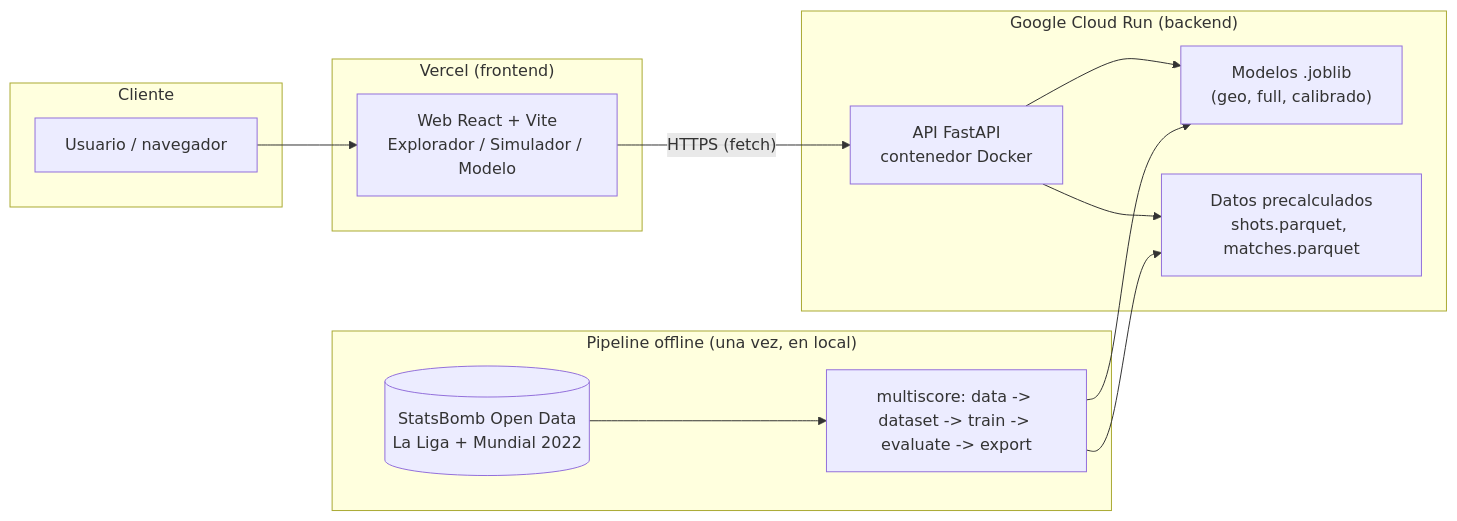
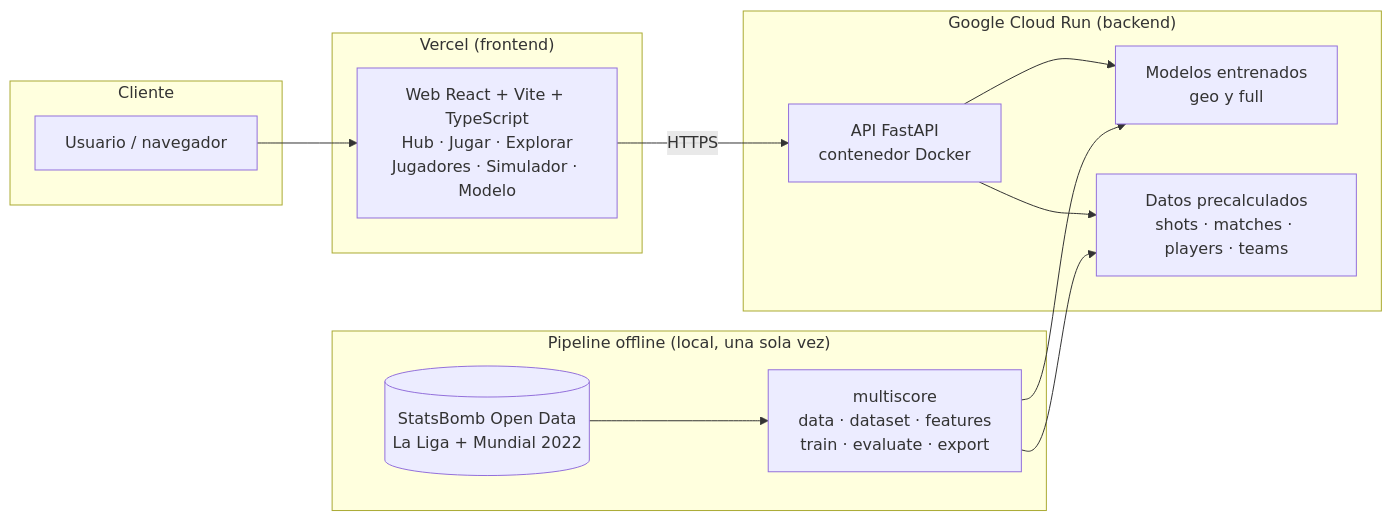
The diagram in docs/diagrams/architecture.mmd (miguel-acha/MultiScore), drawn with Mermaid before and after one commit. The commit also changed 9 other files, not shown here.

First line of the commit message:
Update architecture diagrams for the report's Arquitectura y Diseño section

```diff
--- a/docs/diagrams/architecture.mmd
+++ b/docs/diagrams/architecture.mmd
@@ -1,27 +1,29 @@
-%% Arquitectura general del sistema desplegado
+%% Figura 1. Arquitectura general del sistema desplegado
 flowchart LR
     subgraph Cliente
-        U[Usuario / navegador]
+        U["Usuario / navegador"]
     end
 
     subgraph Vercel["Vercel (frontend)"]
-        WEB["Web React + Vite\nExplorador / Simulador / Modelo"]
+        WEB["Web React + Vite + TypeScript<br/>Hub · Jugar · Explorar<br/>Jugadores · Simulador · Modelo"]
     end
 
     subgraph CloudRun["Google Cloud Run (backend)"]
-        API["API FastAPI\ncontenedor Docker"]
-        MODELS["Modelos .joblib\n(geo, full, calibrado)"]
-        DATA["Datos precalculados\nshots.parquet, matches.parquet"]
+        API["API FastAPI<br/>contenedor Docker"]
+        MODELS["Modelos entrenados<br/>geo y full"]
+        DATA["Datos precalculados<br/>shots · matches · players · teams"]
         API --> MODELS
         API --> DATA
     end
 
     U --> WEB
-    WEB -- "HTTPS (fetch)" --> API
+    WEB -- "HTTPS" --> API
 
-    subgraph Offline["Pipeline offline (una vez, en local)"]
-        SB[(StatsBomb Open Data\nLa Liga + Mundial 2022)]
-        PIPE["multiscore: data -> dataset -> train -> evaluate -> export"]
-        SB --> PIPE --> MODELS
-        PIPE --> DATA
+    subgraph Offline["Pipeline offline (local, una sola vez)"]
+        SB[("StatsBomb Open Data<br/>La Liga + Mundial 2022")]
+        PIPE["multiscore<br/>data · dataset · features<br/>train · evaluate · export"]
+        SB --> PIPE
     end
+
+    PIPE --> MODELS
+    PIPE --> DATA
```
